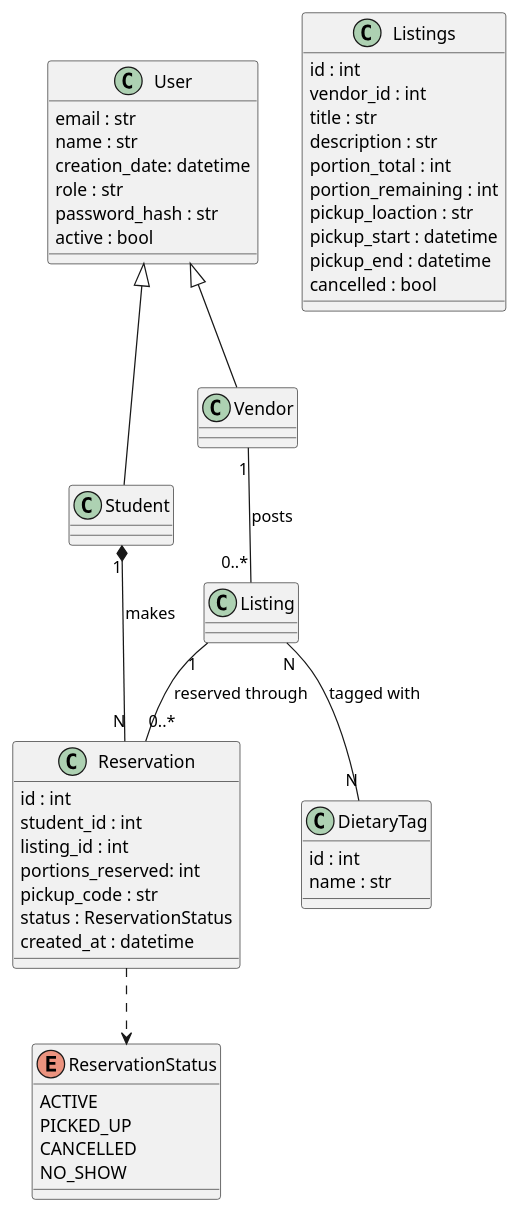
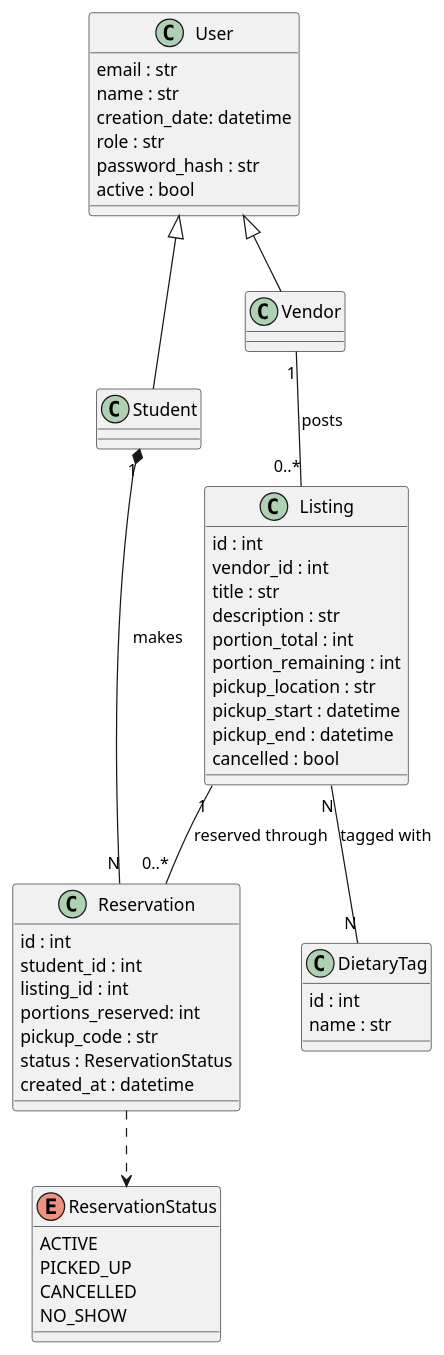
The diagram in uml/class.wsd (Riconashty/campuseats), drawn with PlantUML before and after one commit. The commit also changed 1 other file, not shown here.

Commit message:
fix(uml): fix class diagram naming and sequence diagram login flow

```diff
--- a/uml/class.wsd
+++ b/uml/class.wsd
@@ -1,58 +1,58 @@
 @startuml class
 
 class User {
     email : str
     name : str
     creation_date: datetime
     role : str
     password_hash : str
     active : bool
 }
 
 class Student
 class Vendor 
 
 User <|-- Student
 User <|-- Vendor
 
-class Listings {
+class Listing {
     id : int
     vendor_id : int
     title : str
     description : str
     portion_total : int
     portion_remaining : int
-    pickup_loaction : str
+    pickup_location : str
     pickup_start : datetime
     pickup_end : datetime
     cancelled : bool
 }
 class Reservation {
     id : int
     student_id : int
     listing_id : int
     portions_reserved: int
     pickup_code : str
     status : ReservationStatus
     created_at : datetime
 }
 
 enum ReservationStatus {
     ACTIVE
     PICKED_UP
     CANCELLED
     NO_SHOW
 }
 
 class DietaryTag {
     id : int
     name : str
 }
 
 Vendor "1" -- "0..*" Listing : posts
 Student "1" *-- "N" Reservation : makes
 Listing "1" -- "0..*" Reservation : reserved through
 Listing "N" -- "N" DietaryTag : tagged with
 Reservation ..> ReservationStatus
 
 @enduml
```
